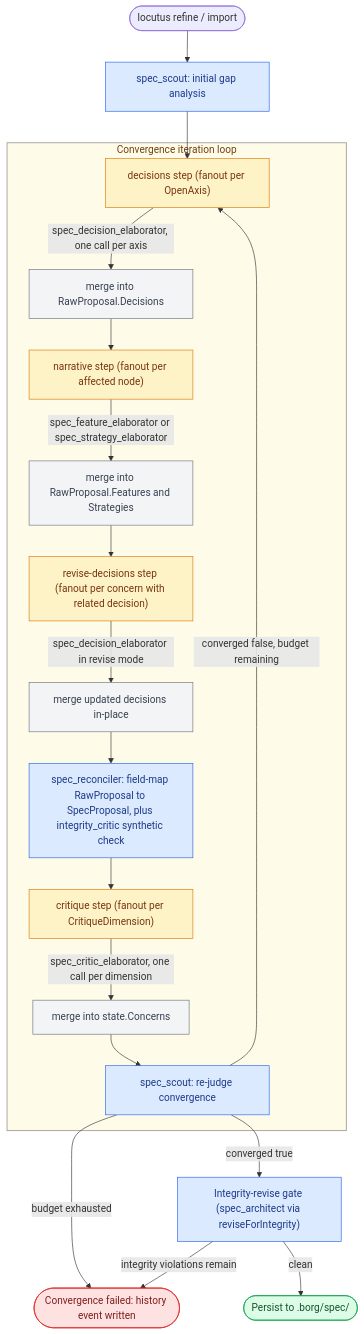
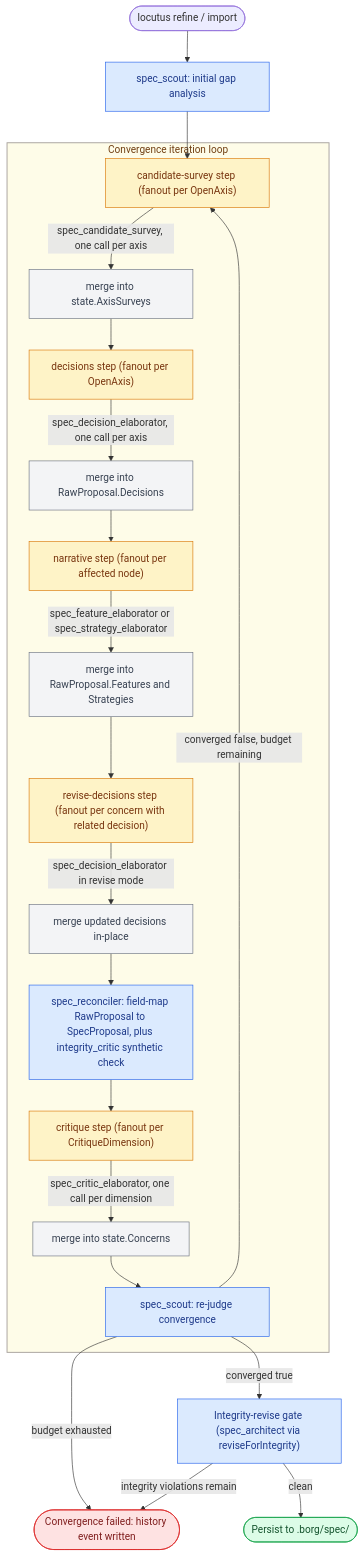
The diagram in docs/council.md (glorious-beard/locutus), drawn with Mermaid before and after one commit. The commit also changed other lines of this file and 2 other files, not shown here.

````diff
--- a/docs/council.md
+++ b/docs/council.md
@@ -21,49 +21,53 @@
 ```mermaid
 graph TD
     Start(["locutus refine / import"]) --> Scout0["spec_scout: initial gap analysis"]
-    Scout0 --> Decisions
+    Scout0 --> CandidateSurvey
 
     subgraph loop ["Convergence iteration loop"]
+        CandidateSurvey["candidate-survey step (fanout per OpenAxis)"]
+        CandidateSurveyDone["merge into state.AxisSurveys"]
         Decisions["decisions step (fanout per OpenAxis)"]
         DecisionsDone["merge into RawProposal.Decisions"]
         Narrative["narrative step (fanout per affected node)"]
         NarrativeDone["merge into RawProposal.Features and Strategies"]
         Revise["revise-decisions step (fanout per concern with related decision)"]
         ReviseDone["merge updated decisions in-place"]
         Reconcile["spec_reconciler: field-map RawProposal to SpecProposal, plus integrity_critic synthetic check"]
         Critique["critique step (fanout per CritiqueDimension)"]
         CritiqueDone["merge into state.Concerns"]
         ScoutTail["spec_scout: re-judge convergence"]
 
+        CandidateSurvey -- "spec_candidate_survey, one call per axis" --> CandidateSurveyDone
+        CandidateSurveyDone --> Decisions
         Decisions -- "spec_decision_elaborator, one call per axis" --> DecisionsDone
         DecisionsDone --> Narrative
         Narrative -- "spec_feature_elaborator or spec_strategy_elaborator" --> NarrativeDone
         NarrativeDone --> Revise
         Revise -- "spec_decision_elaborator in revise mode" --> ReviseDone
         ReviseDone --> Reconcile
         Reconcile --> Critique
         Critique -- "spec_critic_elaborator, one call per dimension" --> CritiqueDone
         CritiqueDone --> ScoutTail
     end
 
-    ScoutTail -- "converged false, budget remaining" --> Decisions
+    ScoutTail -- "converged false, budget remaining" --> CandidateSurvey
     ScoutTail -- "converged true" --> Persist["Integrity-revise gate (spec_architect via reviseForIntegrity)"]
     ScoutTail -- "budget exhausted" --> Failed(["Convergence failed: history event written"])
 
     Persist -- "integrity violations remain" --> Failed
     Persist -- "clean" --> Done(["Persist to .borg/spec/"])
 
     classDef agent fill:#dbeafe,stroke:#2563eb,color:#1e3a8a
     classDef fanout fill:#fef3c7,stroke:#d97706,color:#78350f
     classDef merge fill:#f3f4f6,stroke:#6b7280,color:#374151
     classDef terminal fill:#fee2e2,stroke:#dc2626,color:#7f1d1d
     classDef done fill:#dcfce7,stroke:#16a34a,color:#14532d
 
     class Scout0,Reconcile,ScoutTail,Persist agent
-    class Decisions,Narrative,Revise,Critique fanout
-    class DecisionsDone,NarrativeDone,ReviseDone,CritiqueDone merge
+    class CandidateSurvey,Decisions,Narrative,Revise,Critique fanout
+    class CandidateSurveyDone,DecisionsDone,NarrativeDone,ReviseDone,CritiqueDone merge
     class Failed terminal
     class Done done
 
     style loop fill:#fefce8,stroke:#a8a29e,stroke-width:1.5px,color:#713f12
 ```
````
